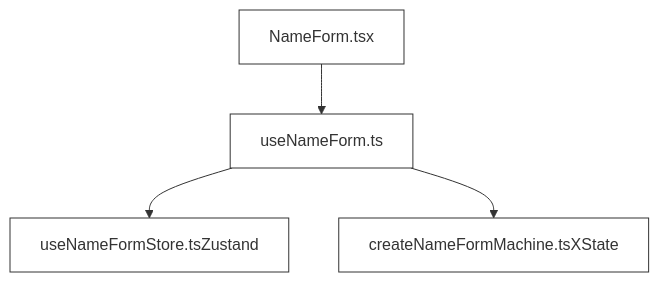
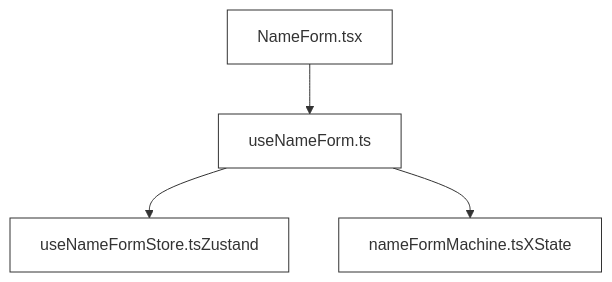
The diagram in docs/state-management-migration/replacing-cerebral-zustand-xstate.md (ustaxcourt/ef-cms), drawn with Mermaid before and after one commit. The commit also changed other lines of this file, not shown here.

````diff
--- a/docs/state-management-migration/replacing-cerebral-zustand-xstate.md
+++ b/docs/state-management-migration/replacing-cerebral-zustand-xstate.md
@@ -120,11 +119,11 @@
 ```mermaid
 graph TD
     NameForm[NameForm.tsx] --> useNameForm[useNameForm.ts]
     useNameForm --> NameFormStore[useNameFormStore.tsZustand]
-    useNameForm --> NameFormMachine[createNameFormMachine.tsXState]
+    useNameForm --> NameFormMachine[nameFormMachine.tsXState]
 
     style NameForm fill:#fff,stroke:#333
     style useNameForm fill:#fff,stroke:#333
     style NameFormStore fill:#fff,stroke:#333
     style NameFormMachine fill:#fff,stroke:#333
 ```
````
